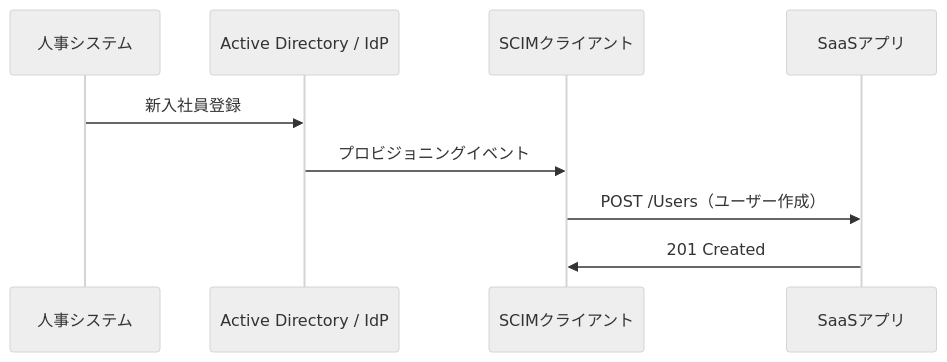
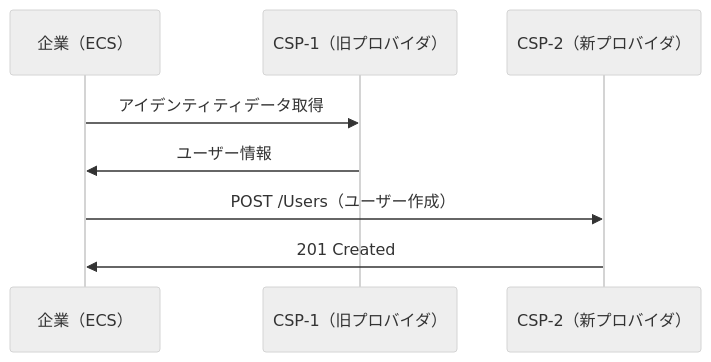
Before and after one commit to nbifrye/idbok: the first of 5 diagrams in docs/specs/rfc7642.md, drawn with Mermaid (neutral theme). The commit also changed other lines of this file, not shown here.

````diff
--- a/docs/specs/rfc7642.md
+++ b/docs/specs/rfc7642.md
@@ -55,12 +61,11 @@
 ```mermaid
 sequenceDiagram
-    participant HR as 人事システム
-    participant IdP as Active Directory / IdP
-    participant SCIM as SCIMクライアント
-    participant SP as SaaSアプリ
+    participant ECS as 企業（ECS）
+    participant CSP1 as CSP-1（旧プロバイダ）
+    participant CSP2 as CSP-2（新プロバイダ）
 
-    HR->>IdP: 新入社員登録
-    IdP->>SCIM: プロビジョニングイベント
-    SCIM->>SP: POST /Users（ユーザー作成）
-    SP->>SCIM: 201 Created
+    ECS->>CSP1: アイデンティティデータ取得
+    CSP1->>ECS: ユーザー情報
+    ECS->>CSP2: POST /Users（ユーザー作成）
+    CSP2->>ECS: 201 Created
 ```
````
